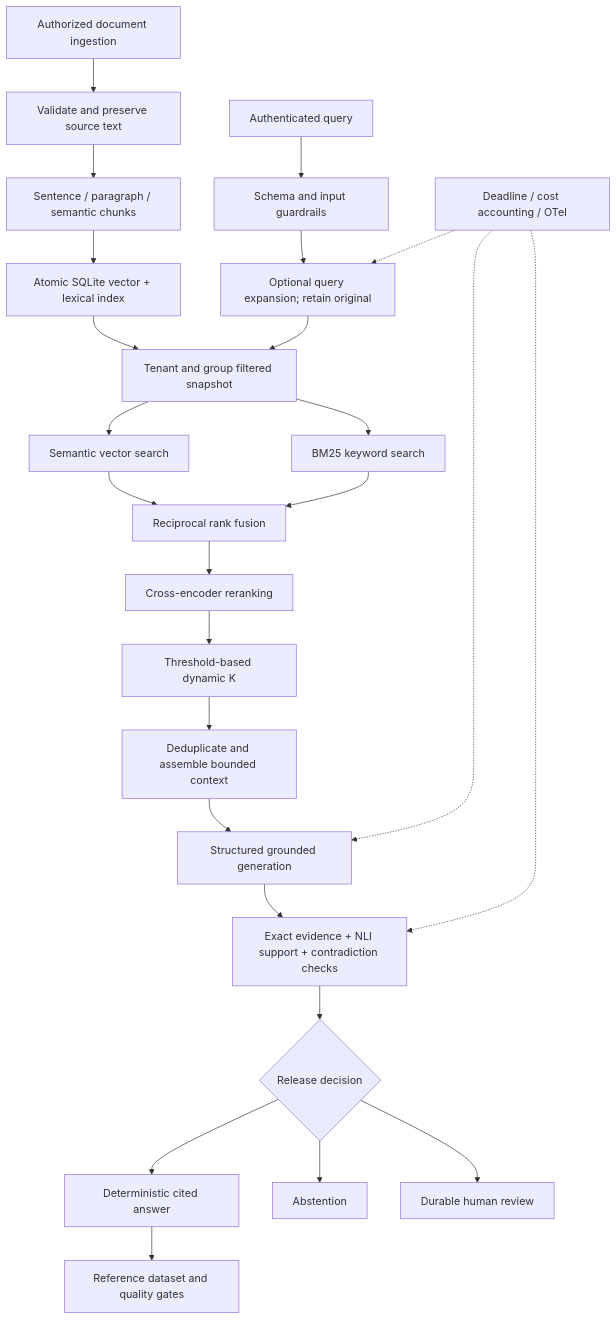
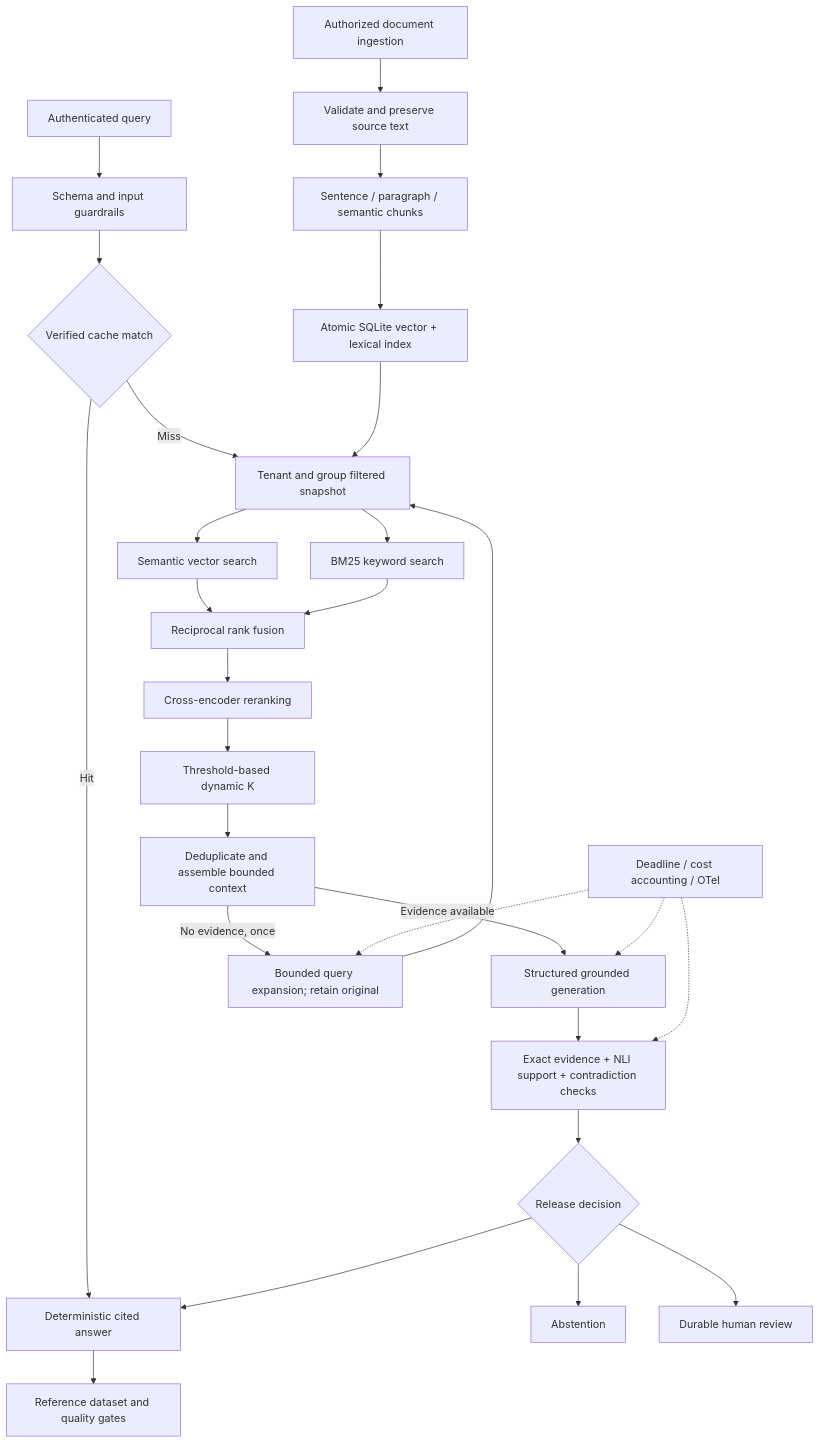
Before and after one commit to sandeephexa/enterprise-rag: the diagram in README.md, drawn with Mermaid. The commit also changed other lines of this file and 48 other files, not shown here.

````diff
--- a/README.md
+++ b/README.md
@@ -27,27 +29,30 @@
 ```mermaid
 flowchart TD
     D[Authorized document ingestion] --> V[Validate and preserve source text]
     V --> C[Sentence / paragraph / semantic chunks]
     C --> I[Atomic SQLite vector + lexical index]
     Q[Authenticated query] --> G[Schema and input guardrails]
-    G --> W[Optional query expansion; retain original]
-    W --> A[Tenant and group filtered snapshot]
+    G --> CACHED{Verified cache match}
+    CACHED -->|Hit| O
+    CACHED -->|Miss| A[Tenant and group filtered snapshot]
     I --> A
     A --> S[Semantic vector search]
     A --> B[BM25 keyword search]
     S --> R[Reciprocal rank fusion]
     B --> R
     R --> X[Cross-encoder reranking]
     X --> K[Threshold-based dynamic K]
     K --> T[Deduplicate and assemble bounded context]
-    T --> P[Structured grounded generation]
+    T -->|Evidence available| P[Structured grounded generation]
+    T -->|No evidence, once| W[Bounded query expansion; retain original]
+    W --> A
     P --> H[Exact evidence + NLI support + contradiction checks]
     H --> F{Release decision}
     F --> O[Deterministic cited answer]
     F --> N[Abstention]
     F --> U[Durable human review]
     E[Deadline / cost accounting / OTel] -.-> W
     E -.-> P
     E -.-> H
     O --> EV[Reference dataset and quality gates]
 ```
````
